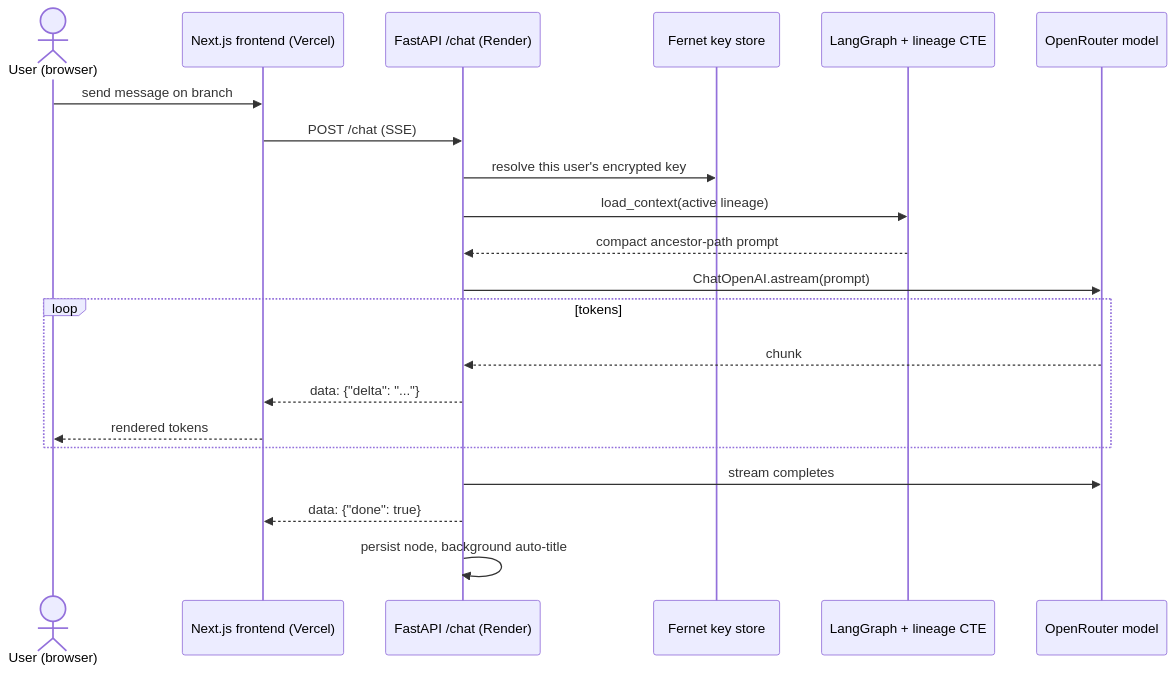
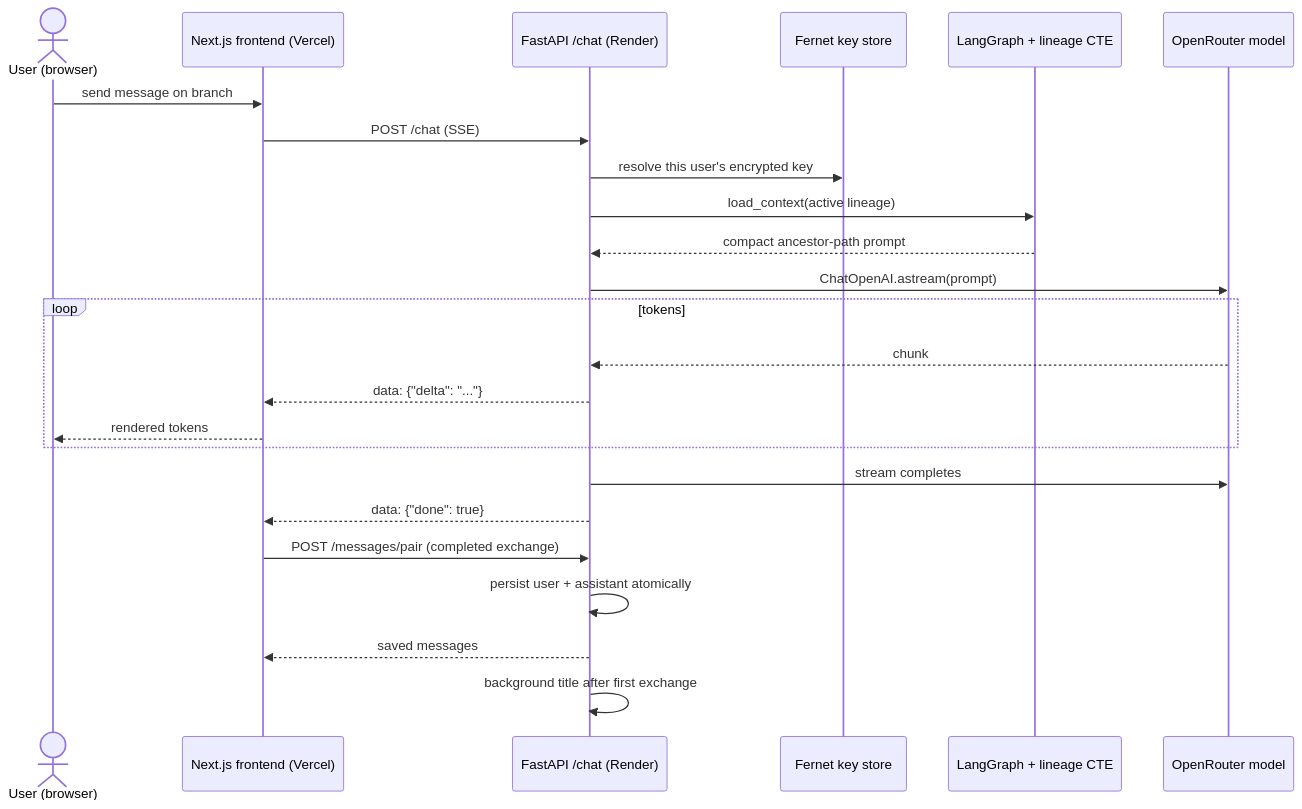
Before and after one commit to TiagoSantos16/Ramea-Chat: the second of 5 diagrams in README.md, drawn with Mermaid. The commit also changed other lines of this file, not shown here.

````diff
--- a/README.md
+++ b/README.md
@@ -157,24 +168,27 @@
 ```mermaid
 sequenceDiagram
     actor U as User (browser)
     participant F as Next.js frontend (Vercel)
     participant B as FastAPI /chat (Render)
     participant K as Fernet key store
     participant G as LangGraph + lineage CTE
     participant M as OpenRouter model
 
     U->>F: send message on branch
     F->>B: POST /chat (SSE)
     B->>K: resolve this user's encrypted key
     B->>G: load_context(active lineage)
     G-->>B: compact ancestor-path prompt
     B->>M: ChatOpenAI.astream(prompt)
     loop tokens
         M-->>B: chunk
         B-->>F: data: {"delta": "..."}
         F-->>U: rendered tokens
     end
     B->>M: stream completes
     B-->>F: data: {"done": true}
-    B->>B: persist node, background auto-title
+    F->>B: POST /messages/pair (completed exchange)
+    B->>B: persist user + assistant atomically
+    B-->>F: saved messages
+    B->>B: background title after first exchange
 ```
````
